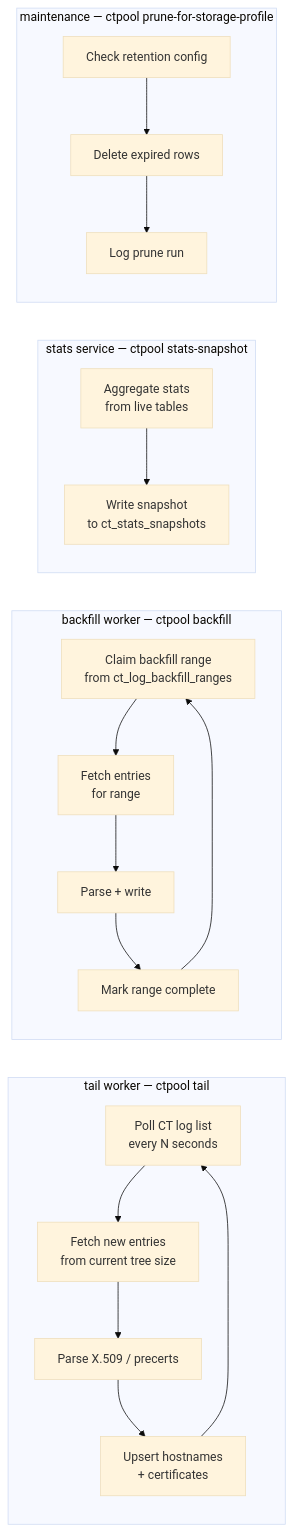
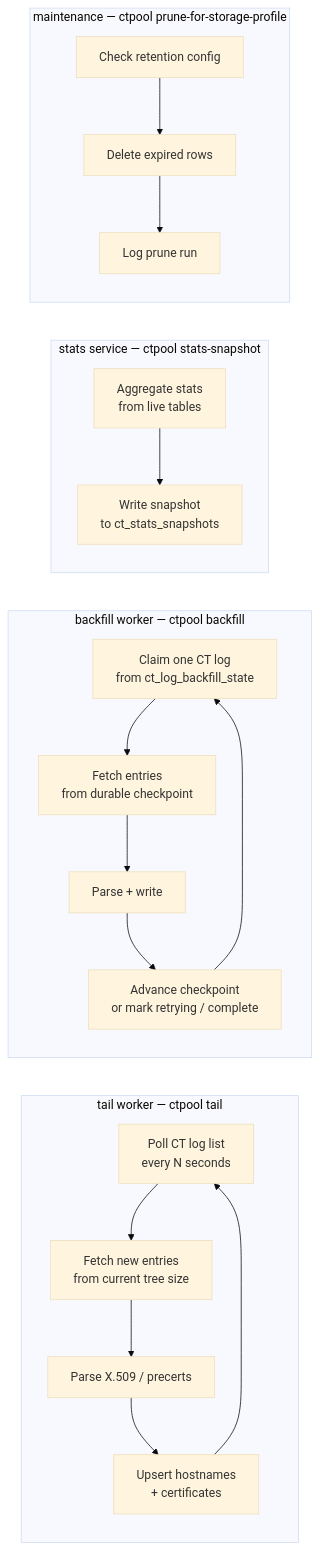
Before and after one commit to bitsyscerts/bitsyscerts: the second of 11 diagrams in docs/ARCHITECTURE.md, drawn with Mermaid (base theme). The commit also changed other lines of this file and 130 other files, not shown here.

````diff
--- a/docs/ARCHITECTURE.md
+++ b/docs/ARCHITECTURE.md
@@ -105,31 +105,31 @@
 ```mermaid
 flowchart LR
     subgraph tail[tail worker — ctpool tail]
         T1[Poll CT log list\nevery N seconds]
         T2[Fetch new entries\nfrom current tree size]
         T3[Parse X.509 / precerts]
         T4[Upsert hostnames\n+ certificates]
         T1 --> T2 --> T3 --> T4 --> T1
     end
 
     subgraph backfill[backfill worker — ctpool backfill]
-        B1[Claim backfill range\nfrom ct_log_backfill_ranges]
-        B2[Fetch entries\nfor range]
+        B1[Claim one CT log\nfrom ct_log_backfill_state]
+        B2[Fetch entries\nfrom durable checkpoint]
         B3[Parse + write]
-        B4[Mark range complete]
+        B4[Advance checkpoint\nor mark retrying / complete]
         B1 --> B2 --> B3 --> B4 --> B1
     end
 
     subgraph stats_svc[stats service — ctpool stats-snapshot]
         S1[Aggregate stats\nfrom live tables]
         S2[Write snapshot\nto ct_stats_snapshots]
         S1 --> S2
     end
 
     subgraph maint[maintenance — ctpool prune-for-storage-profile]
         M1[Check retention config]
         M2[Delete expired rows]
         M3[Log prune run]
         M1 --> M2 --> M3
     end
 ```
````
